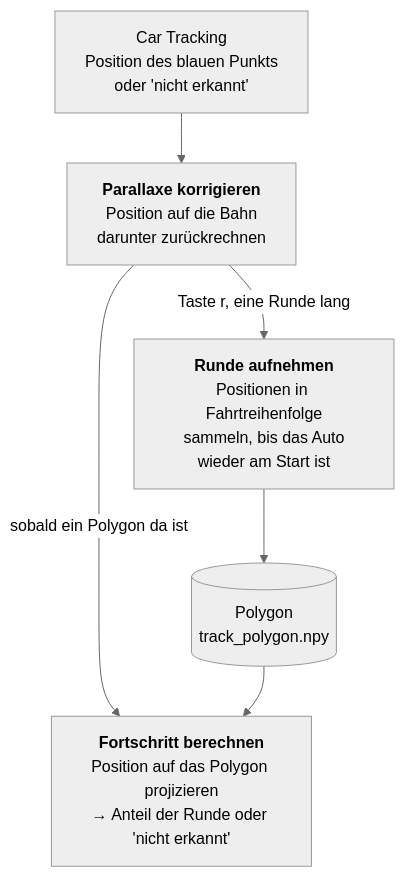
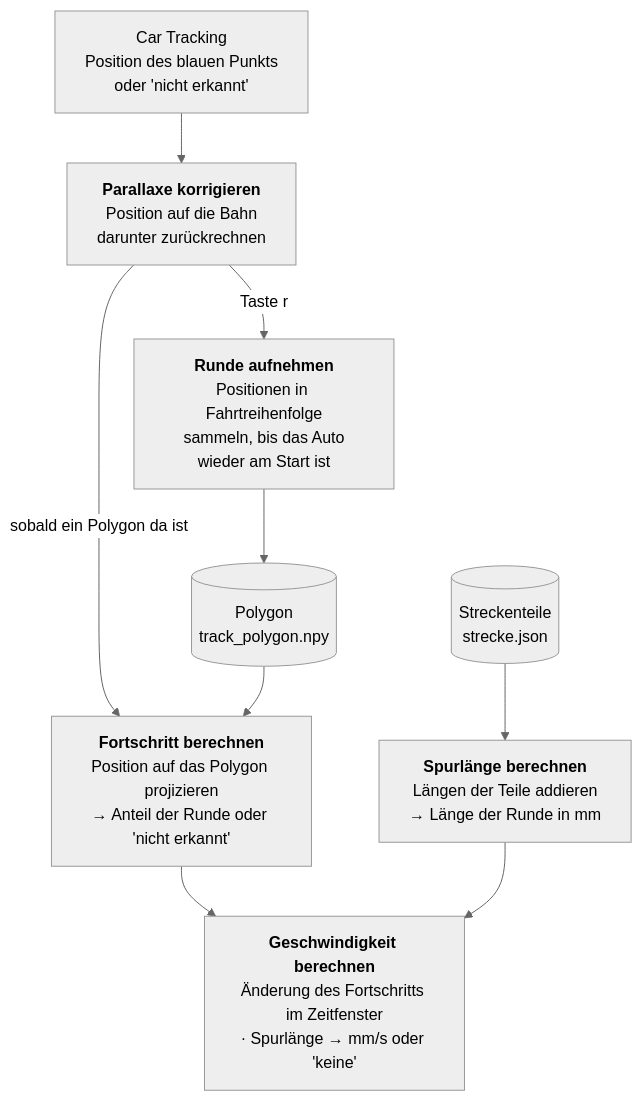
The second of 2 diagrams in experiments/car_to_track/DOKU.md (Baenji/carrera), drawn with Mermaid (neutral theme) before and after one commit. The commit also changed other lines of this file and 9 other files, not shown here.

````diff
--- a/experiments/car_to_track/DOKU.md
+++ b/experiments/car_to_track/DOKU.md
@@ -46,8 +45,11 @@
 ```mermaid
 flowchart TD
     T["Car Tracking<br/>Position des blauen Punkts<br/>oder 'nicht erkannt'"] --> P["<b>Parallaxe korrigieren</b><br/>Position auf die Bahn<br/>darunter zurückrechnen"]
-    P -->|"Taste r, eine Runde lang"| A["<b>Runde aufnehmen</b><br/>Positionen in Fahrtreihenfolge<br/>sammeln, bis das Auto<br/>wieder am Start ist"]
+    P -->|"Taste r"| A["<b>Runde aufnehmen</b><br/>Positionen in Fahrtreihenfolge<br/>sammeln, bis das Auto<br/>wieder am Start ist"]
     A --> POLY[("Polygon<br/>track_polygon.npy")]
     P -->|"sobald ein Polygon da ist"| FS["<b>Fortschritt berechnen</b><br/>Position auf das Polygon projizieren<br/>→ Anteil der Runde oder 'nicht erkannt'"]
     POLY --> FS
+    CFG[("Streckenteile<br/>strecke.json")] --> L["<b>Spurlänge berechnen</b><br/>Längen der Teile addieren<br/>→ Länge der Runde in mm"]
+    FS --> V["<b>Geschwindigkeit berechnen</b><br/>Änderung des Fortschritts im Zeitfenster<br/>· Spurlänge → mm/s oder 'keine'"]
+    L --> V
 ```
````
